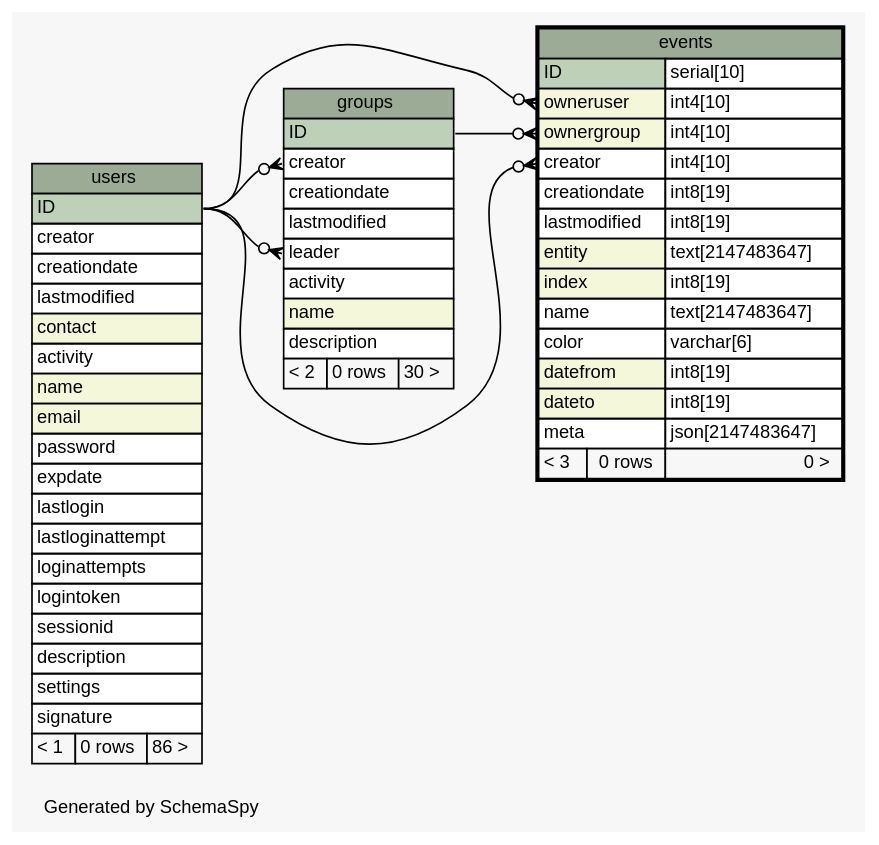
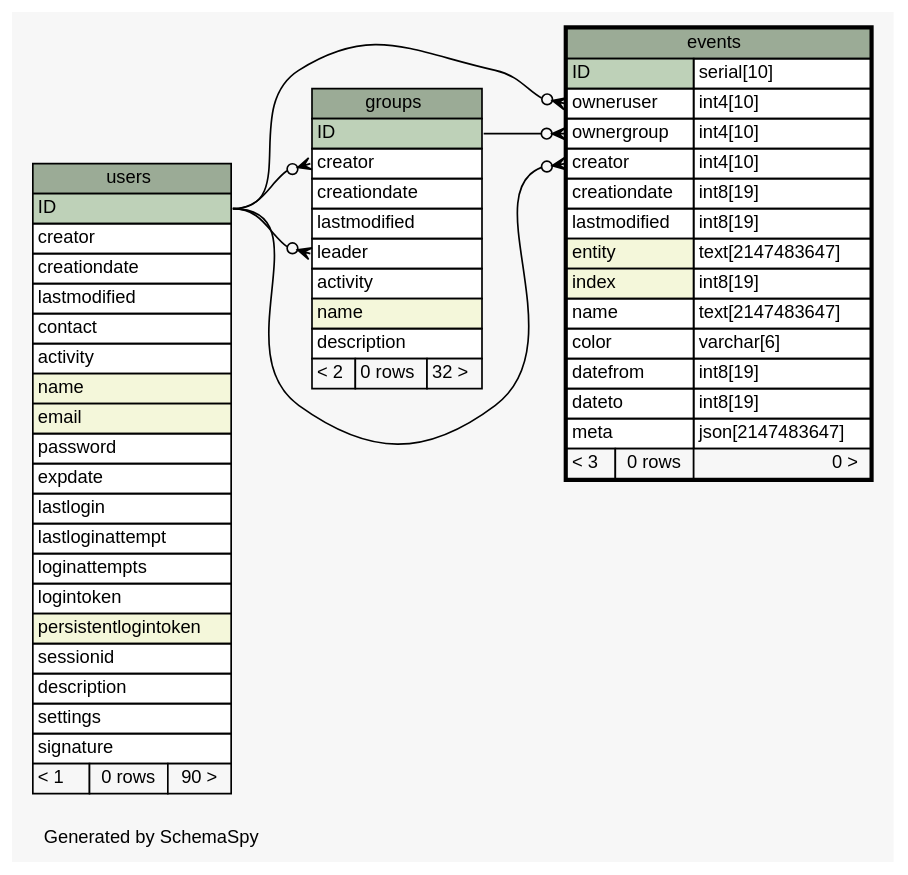
One commit to zeyosinc/zeyos-schema changed the diagram in diagrams/events.1degree.dot. Above: the diagram before and after it, drawn with Graphviz. The commit also changed 322 other files, not shown here.

```diff
--- a/diagrams/events.1degree.dot
+++ b/diagrams/events.1degree.dot
@@ -1,93 +1,94 @@
-// dot 2.38.0 on Mac OS X 10.11.2
+// dot 2.38.0 on Mac OS X 10.11.3
 // SchemaSpy rev 590
 digraph "oneDegreeRelationshipsDiagram" {
   graph [
     rankdir="RL"
     bgcolor="#f7f7f7"
     label="\nGenerated by SchemaSpy"
     labeljust="l"
     nodesep="0.18"
     ranksep="0.46"
     fontname="Helvetica"
     fontsize="11"
   ];
   node [
     fontname="Helvetica"
     fontsize="11"
     shape="plaintext"
   ];
   edge [
     arrowsize="0.8"
   ];
   "events":"creator":w -> "users":"ID":e [arrowhead=none dir=back arrowtail=crowodot];
   "events":"ownergroup":w -> "groups":"ID":e [arrowhead=none dir=back arrowtail=crowodot];
   "events":"owneruser":w -> "users":"ID":e [arrowhead=none dir=back arrowtail=crowodot];
   "groups":"creator":w -> "users":"ID":e [arrowhead=none dir=back arrowtail=crowodot];
   "groups":"leader":w -> "users":"ID":e [arrowhead=none dir=back arrowtail=crowodot];
   "events" [
     label=<
     <TABLE BORDER="2" CELLBORDER="1" CELLSPACING="0" BGCOLOR="#ffffff">
       <TR><TD COLSPAN="3" BGCOLOR="#9bab96" ALIGN="CENTER">events</TD></TR>
       <TR><TD PORT="ID" COLSPAN="2" BGCOLOR="#bed1b8" ALIGN="LEFT">ID</TD><TD PORT="ID.type" ALIGN="LEFT">serial[10]</TD></TR>
-      <TR><TD PORT="owneruser" COLSPAN="2" BGCOLOR="#f4f7da" ALIGN="LEFT">owneruser</TD><TD PORT="owneruser.type" ALIGN="LEFT">int4[10]</TD></TR>
-      <TR><TD PORT="ownergroup" COLSPAN="2" BGCOLOR="#f4f7da" ALIGN="LEFT">ownergroup</TD><TD PORT="ownergroup.type" ALIGN="LEFT">int4[10]</TD></TR>
+      <TR><TD PORT="owneruser" COLSPAN="2" ALIGN="LEFT">owneruser</TD><TD PORT="owneruser.type" ALIGN="LEFT">int4[10]</TD></TR>
+      <TR><TD PORT="ownergroup" COLSPAN="2" ALIGN="LEFT">ownergroup</TD><TD PORT="ownergroup.type" ALIGN="LEFT">int4[10]</TD></TR>
       <TR><TD PORT="creator" COLSPAN="2" ALIGN="LEFT">creator</TD><TD PORT="creator.type" ALIGN="LEFT">int4[10]</TD></TR>
       <TR><TD PORT="creationdate" COLSPAN="2" ALIGN="LEFT">creationdate</TD><TD PORT="creationdate.type" ALIGN="LEFT">int8[19]</TD></TR>
       <TR><TD PORT="lastmodified" COLSPAN="2" ALIGN="LEFT">lastmodified</TD><TD PORT="lastmodified.type" ALIGN="LEFT">int8[19]</TD></TR>
       <TR><TD PORT="entity" COLSPAN="2" BGCOLOR="#f4f7da" ALIGN="LEFT">entity</TD><TD PORT="entity.type" ALIGN="LEFT">text[2147483647]</TD></TR>
       <TR><TD PORT="index" COLSPAN="2" BGCOLOR="#f4f7da" ALIGN="LEFT">index</TD><TD PORT="index.type" ALIGN="LEFT">int8[19]</TD></TR>
       <TR><TD PORT="name" COLSPAN="2" ALIGN="LEFT">name</TD><TD PORT="name.type" ALIGN="LEFT">text[2147483647]</TD></TR>
       <TR><TD PORT="color" COLSPAN="2" ALIGN="LEFT">color</TD><TD PORT="color.type" ALIGN="LEFT">varchar[6]</TD></TR>
-      <TR><TD PORT="datefrom" COLSPAN="2" BGCOLOR="#f4f7da" ALIGN="LEFT">datefrom</TD><TD PORT="datefrom.type" ALIGN="LEFT">int8[19]</TD></TR>
-      <TR><TD PORT="dateto" COLSPAN="2" BGCOLOR="#f4f7da" ALIGN="LEFT">dateto</TD><TD PORT="dateto.type" ALIGN="LEFT">int8[19]</TD></TR>
+      <TR><TD PORT="datefrom" COLSPAN="2" ALIGN="LEFT">datefrom</TD><TD PORT="datefrom.type" ALIGN="LEFT">int8[19]</TD></TR>
+      <TR><TD PORT="dateto" COLSPAN="2" ALIGN="LEFT">dateto</TD><TD PORT="dateto.type" ALIGN="LEFT">int8[19]</TD></TR>
       <TR><TD PORT="meta" COLSPAN="2" ALIGN="LEFT">meta</TD><TD PORT="meta.type" ALIGN="LEFT">json[2147483647]</TD></TR>
       <TR><TD ALIGN="LEFT" BGCOLOR="#f7f7f7">&lt; 3</TD><TD ALIGN="RIGHT" BGCOLOR="#f7f7f7">0 rows</TD><TD ALIGN="RIGHT" BGCOLOR="#f7f7f7">0 &gt;</TD></TR>
     </TABLE>>
     URL="events.html"
     tooltip="events"
   ];
   "groups" [
     label=<
     <TABLE BORDER="0" CELLBORDER="1" CELLSPACING="0" BGCOLOR="#ffffff">
       <TR><TD COLSPAN="3" BGCOLOR="#9bab96" ALIGN="CENTER">groups</TD></TR>
       <TR><TD PORT="ID" COLSPAN="3" BGCOLOR="#bed1b8" ALIGN="LEFT">ID</TD></TR>
       <TR><TD PORT="creator" COLSPAN="3" ALIGN="LEFT">creator</TD></TR>
       <TR><TD PORT="creationdate" COLSPAN="3" ALIGN="LEFT">creationdate</TD></TR>
       <TR><TD PORT="lastmodified" COLSPAN="3" ALIGN="LEFT">lastmodified</TD></TR>
       <TR><TD PORT="leader" COLSPAN="3" ALIGN="LEFT">leader</TD></TR>
       <TR><TD PORT="activity" COLSPAN="3" ALIGN="LEFT">activity</TD></TR>
       <TR><TD PORT="name" COLSPAN="3" BGCOLOR="#f4f7da" ALIGN="LEFT">name</TD></TR>
       <TR><TD PORT="description" COLSPAN="3" ALIGN="LEFT">description</TD></TR>
-      <TR><TD ALIGN="LEFT" BGCOLOR="#f7f7f7">&lt; 2</TD><TD ALIGN="RIGHT" BGCOLOR="#f7f7f7">0 rows</TD><TD ALIGN="RIGHT" BGCOLOR="#f7f7f7">30 &gt;</TD></TR>
+      <TR><TD ALIGN="LEFT" BGCOLOR="#f7f7f7">&lt; 2</TD><TD ALIGN="RIGHT" BGCOLOR="#f7f7f7">0 rows</TD><TD ALIGN="RIGHT" BGCOLOR="#f7f7f7">32 &gt;</TD></TR>
     </TABLE>>
     URL="groups.html"
     tooltip="groups"
   ];
   "users" [
     label=<
     <TABLE BORDER="0" CELLBORDER="1" CELLSPACING="0" BGCOLOR="#ffffff">
       <TR><TD COLSPAN="3" BGCOLOR="#9bab96" ALIGN="CENTER">users</TD></TR>
       <TR><TD PORT="ID" COLSPAN="3" BGCOLOR="#bed1b8" ALIGN="LEFT">ID</TD></TR>
       <TR><TD PORT="creator" COLSPAN="3" ALIGN="LEFT">creator</TD></TR>
       <TR><TD PORT="creationdate" COLSPAN="3" ALIGN="LEFT">creationdate</TD></TR>
       <TR><TD PORT="lastmodified" COLSPAN="3" ALIGN="LEFT">lastmodified</TD></TR>
-      <TR><TD PORT="contact" COLSPAN="3" BGCOLOR="#f4f7da" ALIGN="LEFT">contact</TD></TR>
+      <TR><TD PORT="contact" COLSPAN="3" ALIGN="LEFT">contact</TD></TR>
       <TR><TD PORT="activity" COLSPAN="3" ALIGN="LEFT">activity</TD></TR>
       <TR><TD PORT="name" COLSPAN="3" BGCOLOR="#f4f7da" ALIGN="LEFT">name</TD></TR>
       <TR><TD PORT="email" COLSPAN="3" BGCOLOR="#f4f7da" ALIGN="LEFT">email</TD></TR>
       <TR><TD PORT="password" COLSPAN="3" ALIGN="LEFT">password</TD></TR>
       <TR><TD PORT="expdate" COLSPAN="3" ALIGN="LEFT">expdate</TD></TR>
       <TR><TD PORT="lastlogin" COLSPAN="3" ALIGN="LEFT">lastlogin</TD></TR>
       <TR><TD PORT="lastloginattempt" COLSPAN="3" ALIGN="LEFT">lastloginattempt</TD></TR>
       <TR><TD PORT="loginattempts" COLSPAN="3" ALIGN="LEFT">loginattempts</TD></TR>
       <TR><TD PORT="logintoken" COLSPAN="3" ALIGN="LEFT">logintoken</TD></TR>
+      <TR><TD PORT="persistentlogintoken" COLSPAN="3" BGCOLOR="#f4f7da" ALIGN="LEFT">persistentlogintoken</TD></TR>
       <TR><TD PORT="sessionid" COLSPAN="3" ALIGN="LEFT">sessionid</TD></TR>
       <TR><TD PORT="description" COLSPAN="3" ALIGN="LEFT">description</TD></TR>
       <TR><TD PORT="settings" COLSPAN="3" ALIGN="LEFT">settings</TD></TR>
       <TR><TD PORT="signature" COLSPAN="3" ALIGN="LEFT">signature</TD></TR>
-      <TR><TD ALIGN="LEFT" BGCOLOR="#f7f7f7">&lt; 1</TD><TD ALIGN="RIGHT" BGCOLOR="#f7f7f7">0 rows</TD><TD ALIGN="RIGHT" BGCOLOR="#f7f7f7">86 &gt;</TD></TR>
+      <TR><TD ALIGN="LEFT" BGCOLOR="#f7f7f7">&lt; 1</TD><TD ALIGN="RIGHT" BGCOLOR="#f7f7f7">0 rows</TD><TD ALIGN="RIGHT" BGCOLOR="#f7f7f7">90 &gt;</TD></TR>
     </TABLE>>
     URL="users.html"
     tooltip="users"
   ];
 }
```
